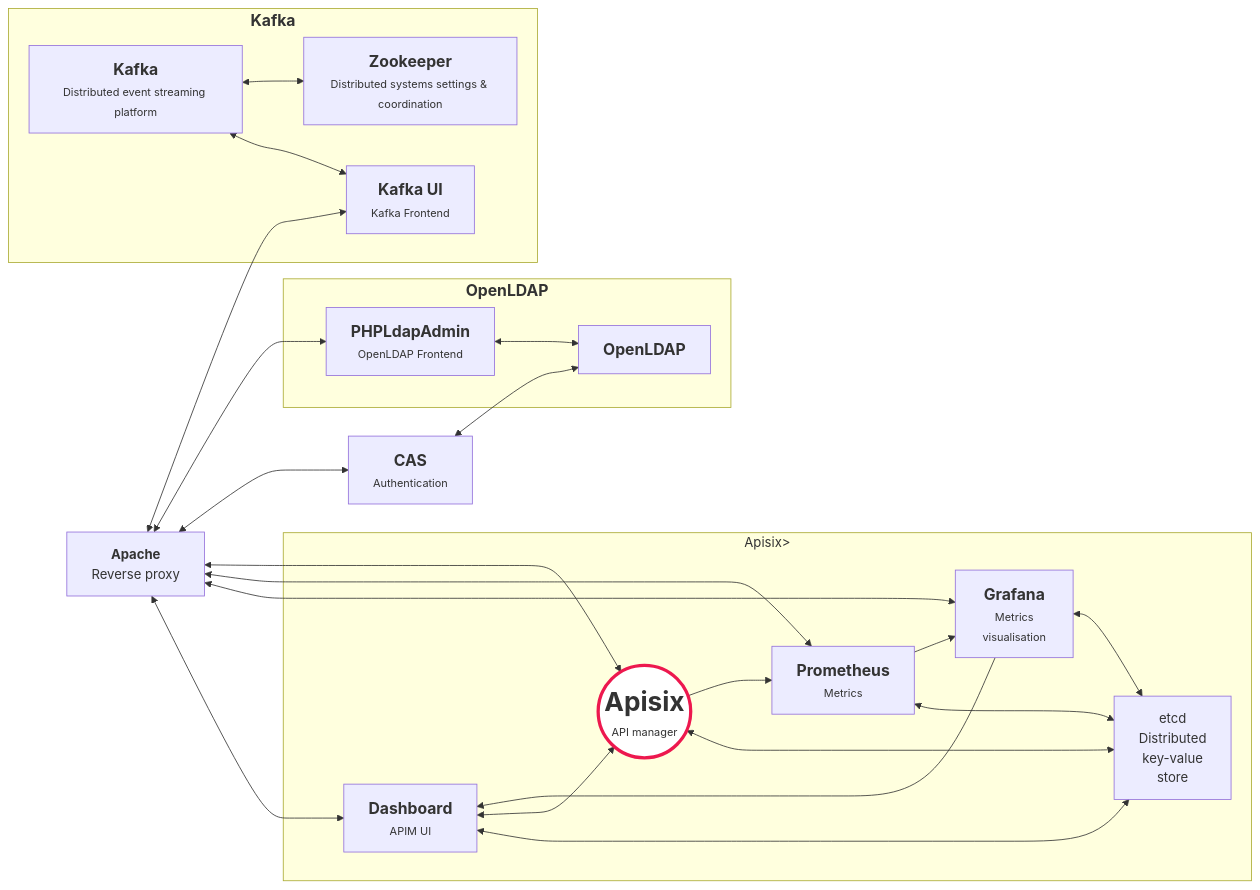
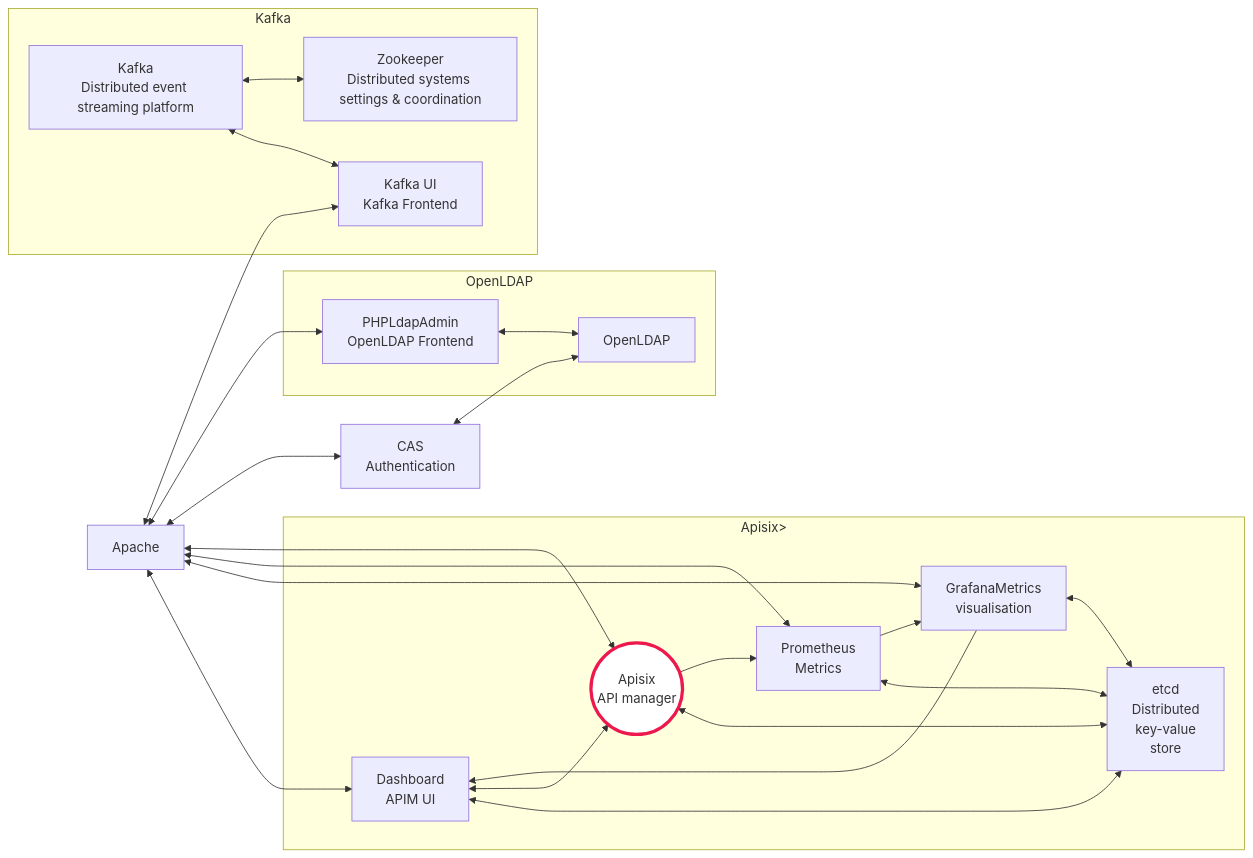
The diagram in README.md (avenirs-esr/srv-dev), drawn with Mermaid before and after one commit.

Commit message:
fix: fix mermaid issues

````diff
--- a/README.md
+++ b/README.md
@@ -16,44 +16,44 @@
 ```mermaid
 graph LR;
 subgraph apisix[Apisix>]
   apx_etcd[etcd<br/>Distributed<br/>key-value<br/>store] 
-  apx_ui["<big><strong>Dashboard</strong></big><br/><small>APIM UI<small>"] <--> apx_etcd
-  apx_grafana["<big><strong>&nbsp;Grafana&nbsp;</strong></big><br/><small>Metrics<br/>visualisation</small>"] <--> apx_etcd
-  apx_prometheus["<big><strong>Prometheus</strong></big><br/><small>Metrics</small>"] <--> apx_etcd
-  apx_core(("<big><strong><font size=6em>Apisix</font></strong></big><br/><small>API manager</small>")) <--> apx_etcd
+  apx_ui[Dashboard<br/>APIM UI] <--> apx_etcd
+  apx_grafana[GrafanaMetrics<br/>visualisation] <--> apx_etcd
+  apx_prometheus[Prometheus<br/>Metrics] <--> apx_etcd
+  apx_core((Apisix<br/>API manager)) <--> apx_etcd
 
   apx_grafana --> apx_ui
   apx_prometheus --> apx_grafana
   apx_ui <--> apx_core -->apx_prometheus
 end 
 
-cas["<big ><strong>CAS</strong></big><br/><small>Authentication</small>"] 
+cas[CAS<br/>Authentication] 
 
-subgraph openldap["<big><strong>OpenLDAP<br/></strong></big>"]
-  oldap_openldap["<big><strong>OpenLDAP</strong></big><br/>"] 
-  oldap_phpldapadmin["<big><strong>PHPLdapAdmin</strong></big><br/><small>OpenLDAP Frontend</small>"] 
+subgraph openldap[OpenLDAP<br/>]
+  oldap_openldap[OpenLDAP<br/>] 
+  oldap_phpldapadmin[PHPLdapAdmin<br/>OpenLDAP Frontend] 
   oldap_phpldapadmin<-->oldap_openldap
 end
-apache["<strong>Apache</strong><br/>Reverse proxy</strong>"] 
+apache[Apache<br/>Reverse proxy] 
 
-subgraph kafka["<big><strong>Kafka<br/></strong></big>"]
-  kfk_kafka["<big><strong>Kafka</strong></big><br/><small>Distributed event streaming platform</small>"] 
-  kfk_kafka_ui["<big><strong>Kafka UI</strong></big><br/><small>Kafka Frontend</small>"] 
-  kfk_zookeeper["<big><strong>Zookeeper</strong></big><br/><small>Distributed systems settings &amp; coordination</small>"] 
+subgraph kafka[Kafka]
+  kfk_kafka[Kafka<br/>Distributed event streaming platform] 
+  kfk_kafka_ui[Kafka UI<br/>Kafka Frontend] 
+  kfk_zookeeper[Zookeeper<br/>Distributed systems settings & coordination] 
   kfk_kafka<-->kfk_kafka_ui
   kfk_kafka<-->kfk_zookeeper
 end
 
 cas <--> oldap_openldap
 apache  <--> apx_ui
 apache  <--> apx_grafana
 apache  <--> apx_prometheus
 apache  <--> apx_core
 apache <--> cas 
 apache <--> oldap_phpldapadmin
 apache <--> kfk_kafka_ui
 
-apache["<strong>Apache</strong><br/>Reverse proxy</strong>"] 
+apache[Apache] 
 classDef main fill:white,stroke:#ed184e,stroke-width:4px, min-width:2000px
 class apx_core main
 ```
````
